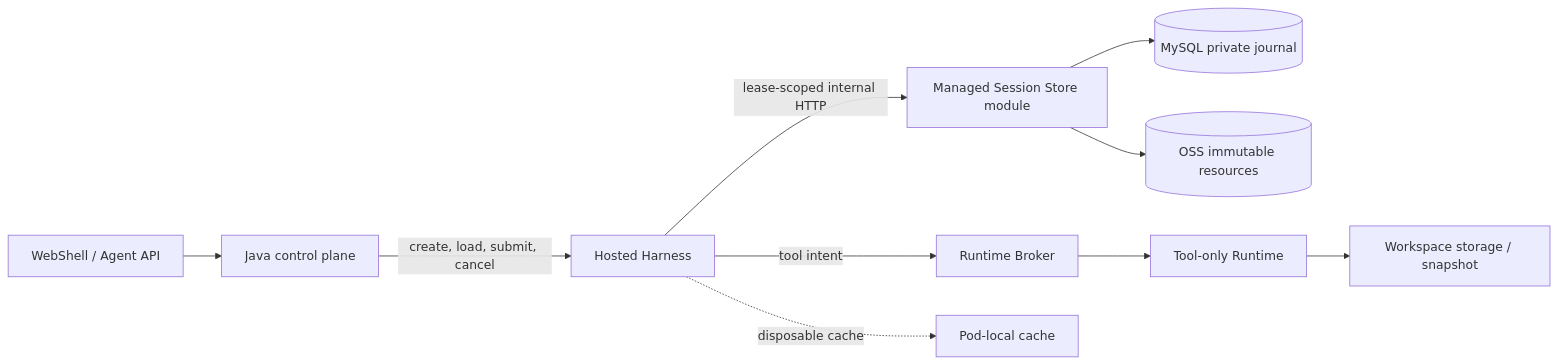
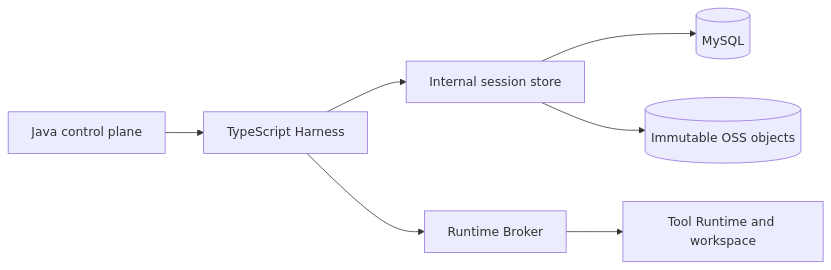
The diagram in docs/design/2026-09-21-managed-session-durable-store.md (QwenLM/qwen-code), drawn with Mermaid before and after one commit. The commit also changed other lines of this file and 20 other files, not shown here.

````diff
--- a/docs/design/2026-09-21-managed-session-durable-store.md
+++ b/docs/design/2026-09-21-managed-session-durable-store.md
@@ -53,12 +40,9 @@
 ```mermaid
 flowchart LR
-  UI[WebShell / Agent API] --> JAVA[Java control plane]
-  JAVA -->|create, load, submit, cancel| H[Hosted Harness]
-  H -->|lease-scoped internal HTTP| STORE[Managed Session Store module]
-  STORE --> DB[(MySQL private journal)]
-  STORE --> OSS[(OSS immutable resources)]
-  H -->|tool intent| BROKER[Runtime Broker]
-  BROKER --> RT[Tool-only Runtime]
-  RT --> WS[Workspace storage / snapshot]
-  H -. disposable cache .-> CACHE[Pod-local cache]
+  JAVA[Java control plane] --> H[TypeScript Harness]
+  H --> STORE[Internal session store]
+  STORE --> DB[(MySQL)]
+  STORE --> OSS[(Immutable OSS objects)]
+  H --> BROKER[Runtime Broker]
+  BROKER --> RT[Tool Runtime and workspace]
 ```
````
